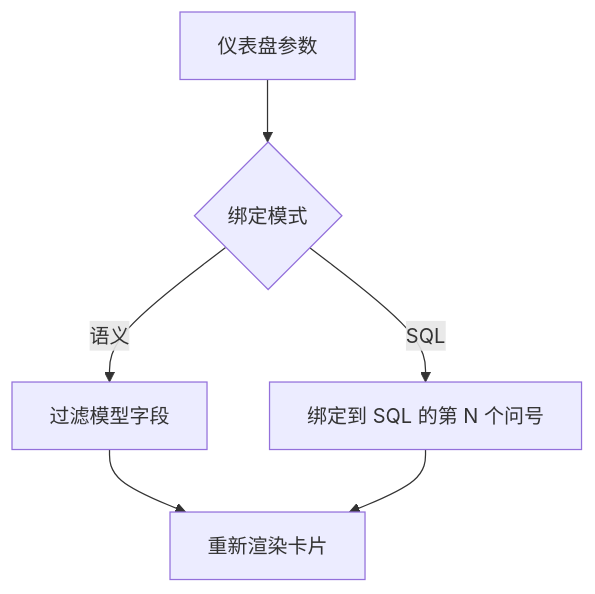
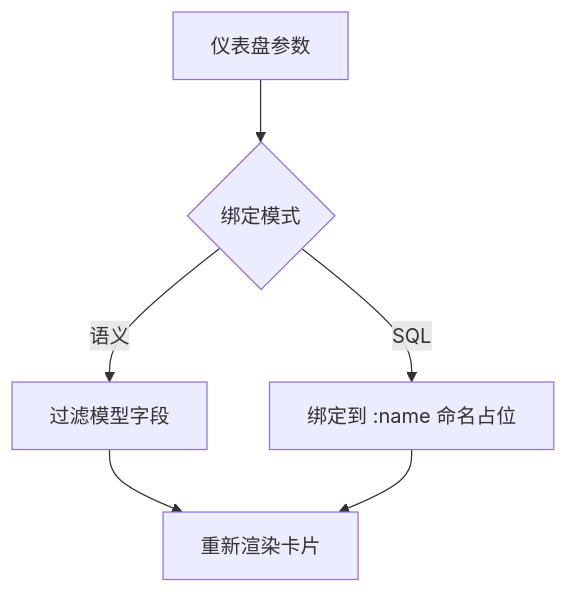
The fifth of 5 diagrams in docs/user-guide.md (OmniSynth/omni-data-panel), drawn with Mermaid before and after one commit. The commit also changed other lines of this file and 83 other files, not shown here.

````diff
--- a/docs/user-guide.md
+++ b/docs/user-guide.md
@@ -261,8 +261,8 @@
 ```mermaid
 flowchart TD
   P[仪表盘参数] --> B{绑定模式}
   B -->|语义| F[过滤模型字段]
-  B -->|SQL| Q[绑定到 SQL 的第 N 个问号]
+  B -->|SQL| Q[绑定到 :name 命名占位]
   F --> R[重新渲染卡片]
   Q --> R
 ```
````
